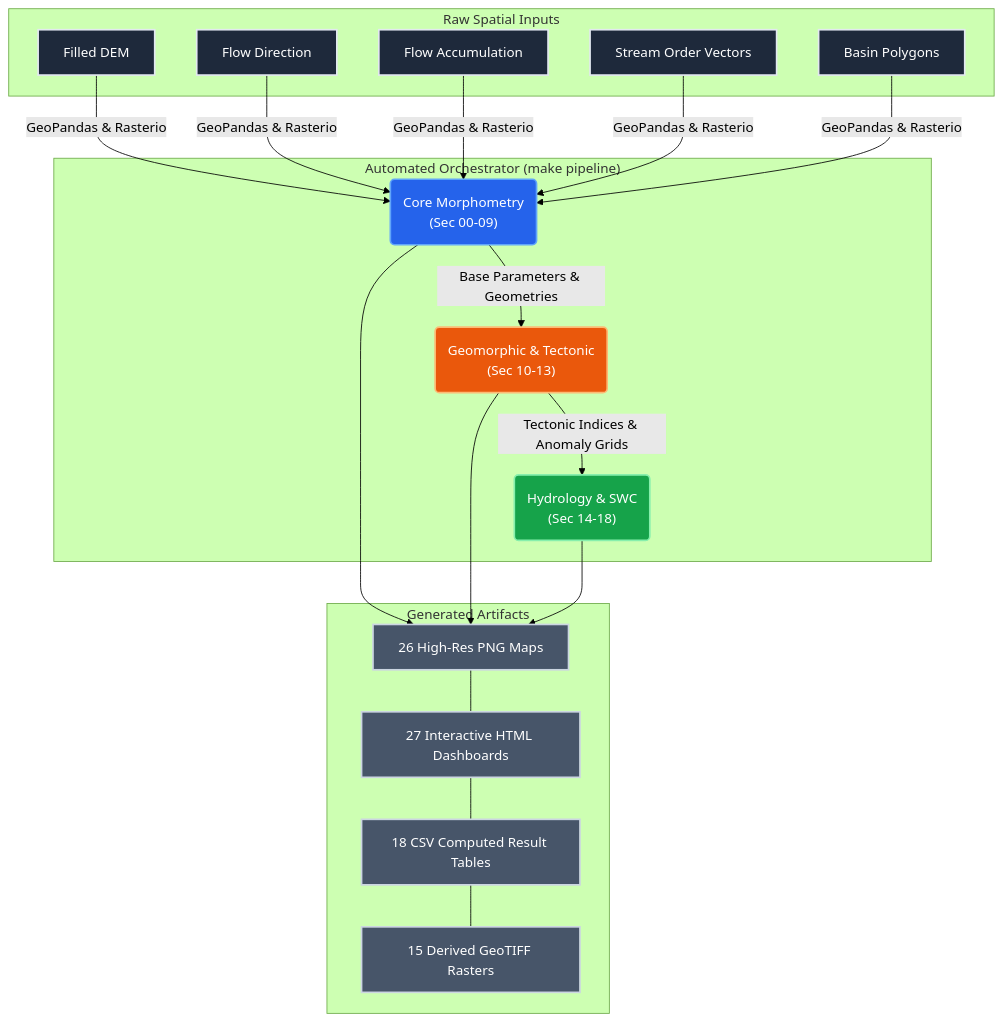
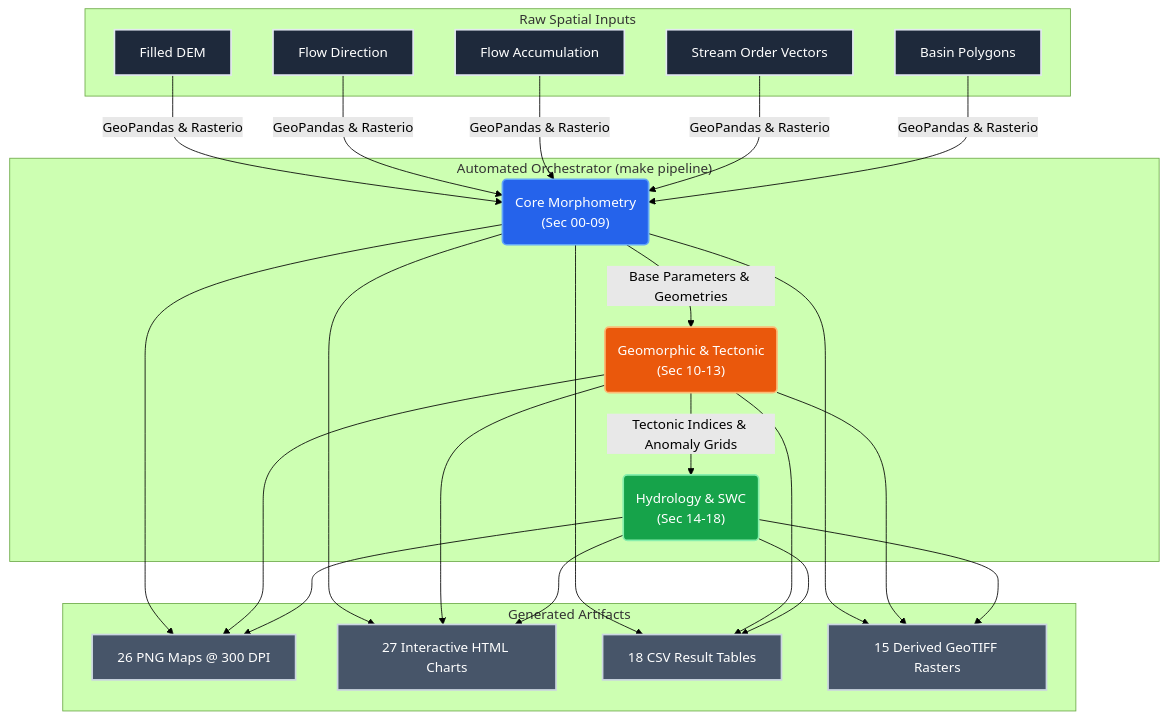
Before and after one commit to Satwik-1234/Pravara-River-Basin-Advanced-Morphometric-Hydrological-Analysis: the diagram in README.md, drawn with Mermaid (forest theme). The commit also changed other lines of this file, not shown here.

````diff
--- a/README.md
+++ b/README.md
@@ -317,44 +233,35 @@
 ```mermaid
 graph TD
-    %% Styling
     classDef input fill:#1e293b,stroke:#e2e8f0,stroke-width:2px,color:#fff
     classDef core fill:#2563eb,stroke:#60a5fa,stroke-width:2px,color:#fff
     classDef geomorph fill:#ea580c,stroke:#fdba74,stroke-width:2px,color:#fff
     classDef hydro fill:#16a34a,stroke:#86efac,stroke-width:2px,color:#fff
     classDef output fill:#475569,stroke:#cbd5e1,stroke-width:2px,color:#fff
 
     subgraph "Raw Spatial Inputs"
         A1[Filled DEM]:::input
         A2[Flow Direction]:::input
         A3[Flow Accumulation]:::input
         A4[Stream Order Vectors]:::input
         A5[Basin Polygons]:::input
     end
 
-    A1 -->|GeoPandas & Rasterio| B1
-    A2 -->|GeoPandas & Rasterio| B1
-    A3 -->|GeoPandas & Rasterio| B1
-    A4 -->|GeoPandas & Rasterio| B1
-    A5 -->|GeoPandas & Rasterio| B1
+    A1 & A2 & A3 & A4 & A5 -->|GeoPandas & Rasterio| B1
 
     subgraph "Automated Orchestrator (make pipeline)"
         B1("Core Morphometry<br>(Sec 00-09)"):::core
         B2("Geomorphic & Tectonic<br>(Sec 10-13)"):::geomorph
         B3("Hydrology & SWC<br>(Sec 14-18)"):::hydro
-        
         B1 -->|Base Parameters & Geometries| B2
         B2 -->|Tectonic Indices & Anomaly Grids| B3
     end
 
-    B1 --> C1
-    B2 --> C1
-    B3 --> C1
+    subgraph "Generated Artifacts"
+        C1[26 PNG Maps @ 300 DPI]:::output
+        C2[27 Interactive HTML Charts]:::output
+        C3[18 CSV Result Tables]:::output
+        C4[15 Derived GeoTIFF Rasters]:::output
+    end
 
-    subgraph "Generated Artifacts"
-        C1[26 High-Res PNG Maps]:::output
-        C2[27 Interactive HTML Dashboards]:::output
-        C3[18 CSV Computed Result Tables]:::output
-        C4[15 Derived GeoTIFF Rasters]:::output
-        C1 --- C2 --- C3 --- C4
-    end
+    B1 & B2 & B3 --> C1 & C2 & C3 & C4
 ```
````
